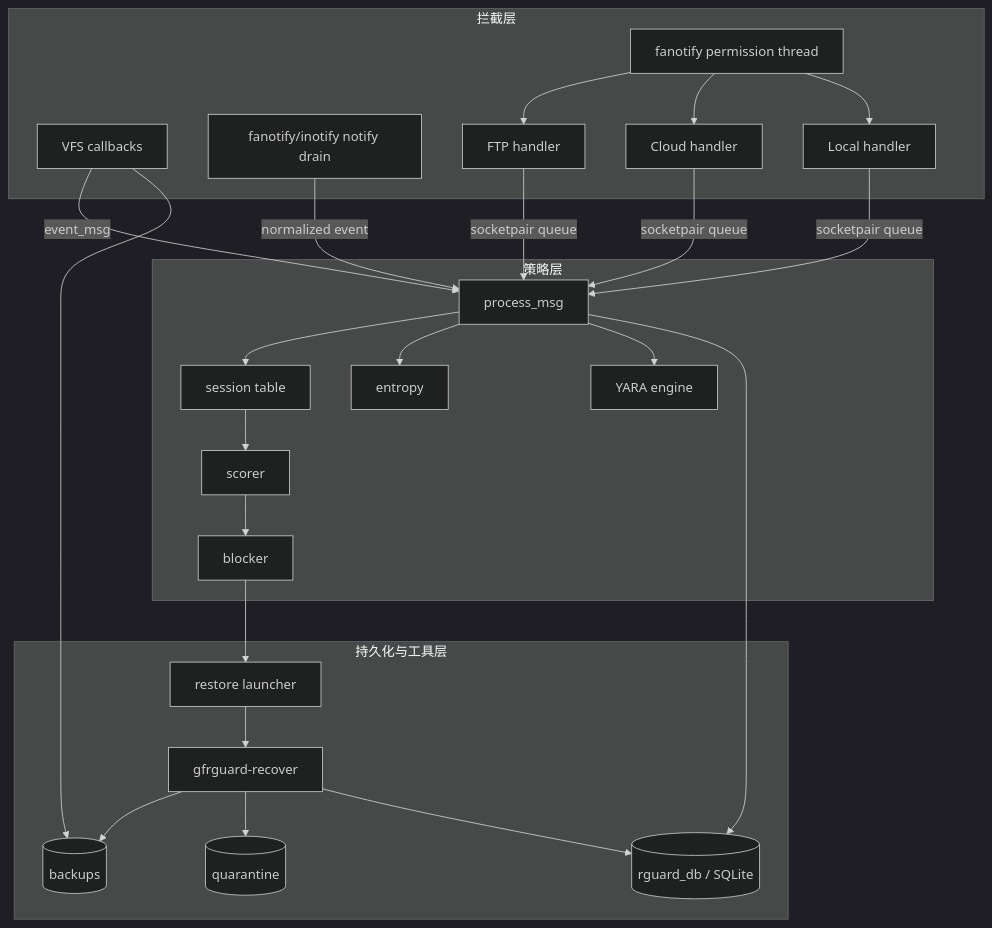
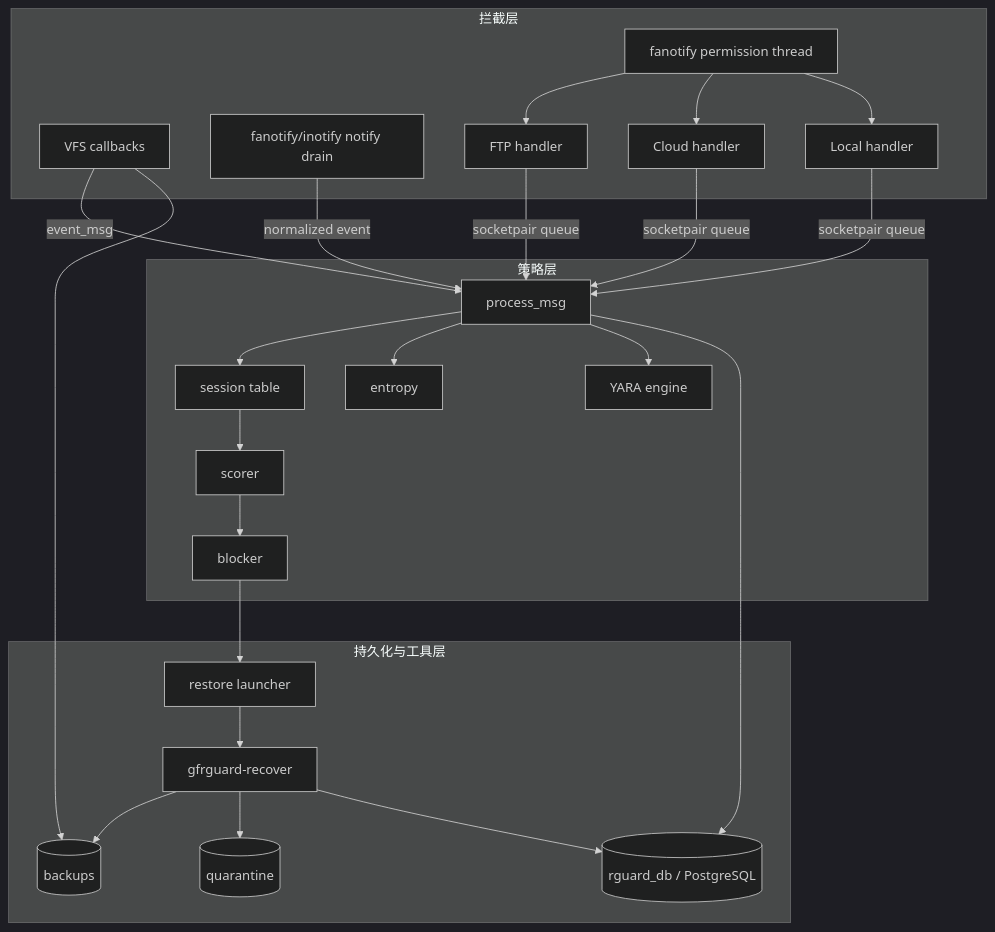
The fourth of 11 diagrams in doc/specs/architecture_v2.md (xd121614/ne_gfrguard), drawn with Mermaid (dark theme) before and after one commit. The commit also changed other lines of this file, not shown here.

````diff
--- a/doc/specs/architecture_v2.md
+++ b/doc/specs/architecture_v2.md
@@ -250,40 +251,40 @@
 ```mermaid
 flowchart TB
 	subgraph Interception[拦截层]
 		VFS[VFS callbacks]
 		PERM[fanotify permission thread]
 		NOTIFY[fanotify/inotify notify drain]
 		FTPH[FTP handler]
 		CLOUDH[Cloud handler]
 		LOCALH[Local handler]
 	end
 
 	subgraph Policy[策略层]
 		PIPE[process_msg]
 		SESSION[session table]
 		SCORE[scorer]
 		ENT[entropy]
 		YARA[YARA engine]
 		BLOCK[blocker]
 	end
 
 	subgraph Persistence[持久化与工具层]
-		DB[(rguard_db / SQLite)]
+		DB[(rguard_db / PostgreSQL)]
 		PRE[(backups)]
 		RESTORE[restore launcher]
 		CLI[gfrguard-recover]
 		QUAR[(quarantine)]
 	end
 
 	VFS -->|event_msg| PIPE
 	PERM --> FTPH & CLOUDH & LOCALH
 	FTPH & CLOUDH & LOCALH -->|socketpair queue| PIPE
 	NOTIFY -->|normalized event| PIPE
 	PIPE --> SESSION --> SCORE
 	PIPE --> ENT & YARA
 	PIPE --> DB
 	SCORE --> BLOCK
 	BLOCK --> RESTORE --> CLI
 	VFS --> PRE
 	CLI --> PRE & QUAR & DB
 ```
````
